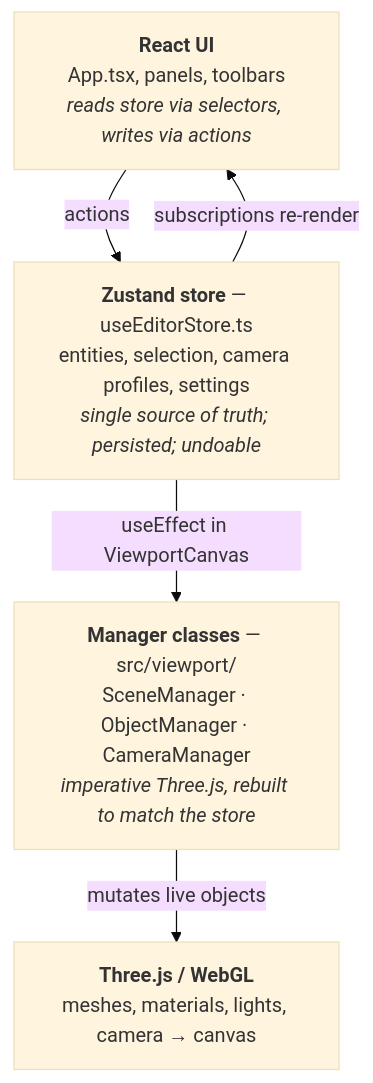
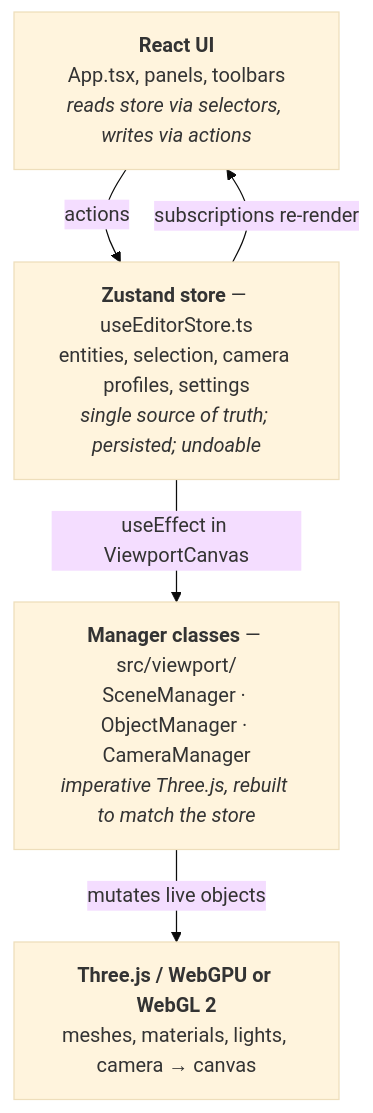
The second of 3 diagrams in docs/architecture.md (The-Agency-at-UF/Libre3D), drawn with Mermaid (base theme) before and after one commit. The commit also changed other lines of this file and 1 other file, not shown here.

Commit message:
docs: describe the WebGPU renderer

````diff
--- a/docs/architecture.md
+++ b/docs/architecture.md
@@ -43,12 +43,12 @@
 ```mermaid
 graph TB
     UI["<b>React UI</b><br/>App.tsx, panels, toolbars<br/><i>reads store via selectors, writes via actions</i>"]
     Store["<b>Zustand store</b> — useEditorStore.ts<br/>entities, selection, camera profiles, settings<br/><i>single source of truth; persisted; undoable</i>"]
     Mgr["<b>Manager classes</b> — src/viewport/<br/>SceneManager · ObjectManager · CameraManager<br/><i>imperative Three.js, rebuilt to match the store</i>"]
-    Three["<b>Three.js / WebGL</b><br/>meshes, materials, lights, camera → canvas"]
+    Three["<b>Three.js / WebGPU or WebGL 2</b><br/>meshes, materials, lights, camera → canvas"]
 
     UI -->|"actions"| Store
     Store -->|"subscriptions re-render"| UI
     Store -->|"useEffect in ViewportCanvas"| Mgr
     Mgr -->|"mutates live objects"| Three
 ```
````
